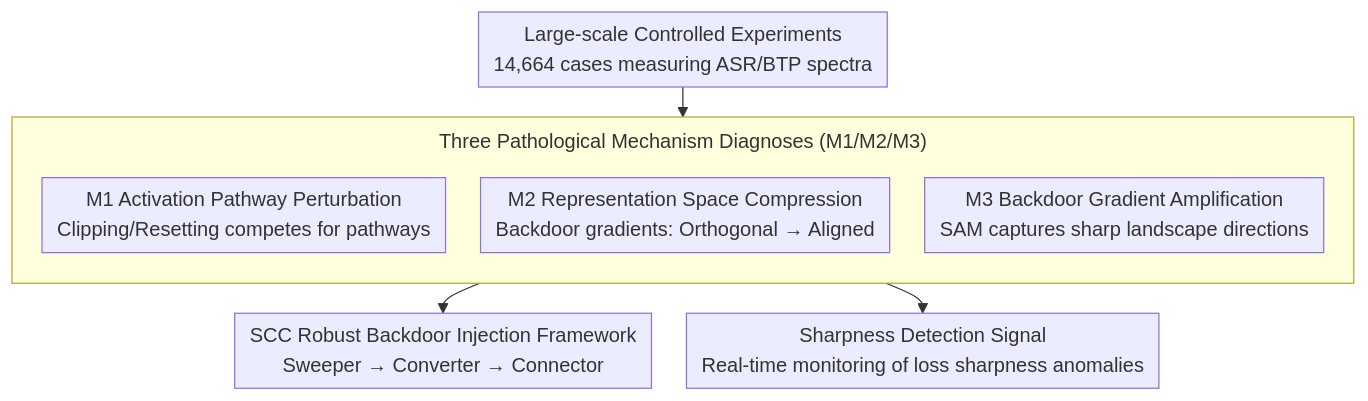
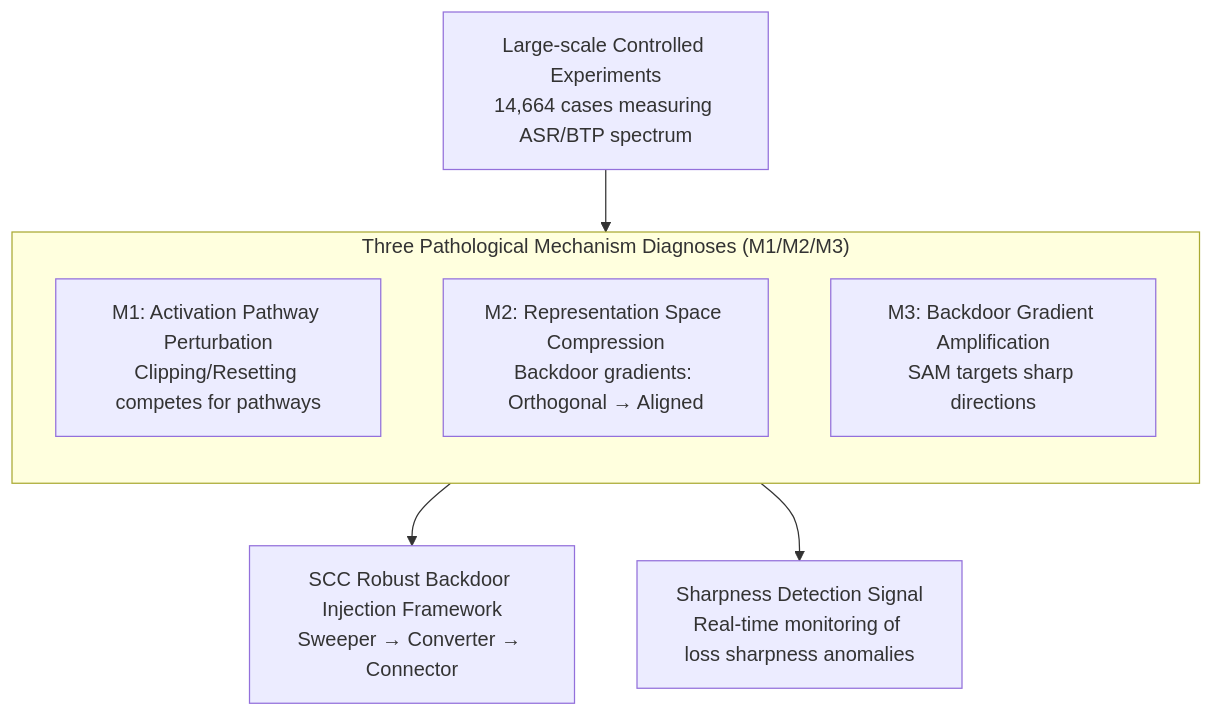
Before and after one commit to zhaoyang97/Paper-Notes-en: the diagram in docs/ICML2026/ai_safety/angel_or_demon_investigating_the_plasticity_interventions_impact_on_backdoor_thr.md, drawn with Mermaid. The commit also changed other lines of this file and 5084 other files, not shown here.

````diff
--- a/docs/ICML2026/ai_safety/angel_or_demon_investigating_the_plasticity_interventions_impact_on_backdoor_thr.md
+++ b/docs/ICML2026/ai_safety/angel_or_demon_investigating_the_plasticity_interventions_impact_on_backdoor_thr.md
@@ -47,13 +47,12 @@
 ```mermaid
-%%{init: {'flowchart': {'rankSpacing': 24, 'nodeSpacing': 28, 'padding': 6, 'wrappingWidth': 400, 'subGraphTitleMargin': {'top': 8, 'bottom': 16}}}}%%
-flowchart TD
-    A["Large-scale Controlled Experiments<br/>14,664 cases measuring ASR/BTP spectra"] --> B
+graph TD
+    A["Large-scale Controlled Experiments<br/>14,664 cases measuring ASR/BTP spectrum"] --> B
     subgraph B["Three Pathological Mechanism Diagnoses (M1/M2/M3)"]
         direction TB
-        M1["M1 Activation Pathway Perturbation<br/>Clipping/Resetting competes for pathways"]
-        M2["M2 Representation Space Compression<br/>Backdoor gradients: Orthogonal → Aligned"]
-        M3["M3 Backdoor Gradient Amplification<br/>SAM captures sharp landscape directions"]
+        M1["M1: Activation Pathway Perturbation<br/>Clipping/Resetting competes for pathways"]
+        M2["M2: Representation Space Compression<br/>Backdoor gradients: Orthogonal → Aligned"]
+        M3["M3: Backdoor Gradient Amplification<br/>SAM targets sharp directions"]
     end
     B --> C["SCC Robust Backdoor Injection Framework<br/>Sweeper → Converter → Connector"]
     B --> D["Sharpness Detection Signal<br/>Real-time monitoring of loss sharpness anomalies"]
 ```
````
